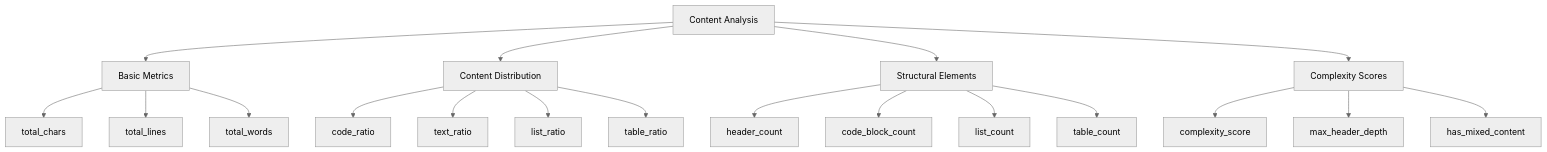
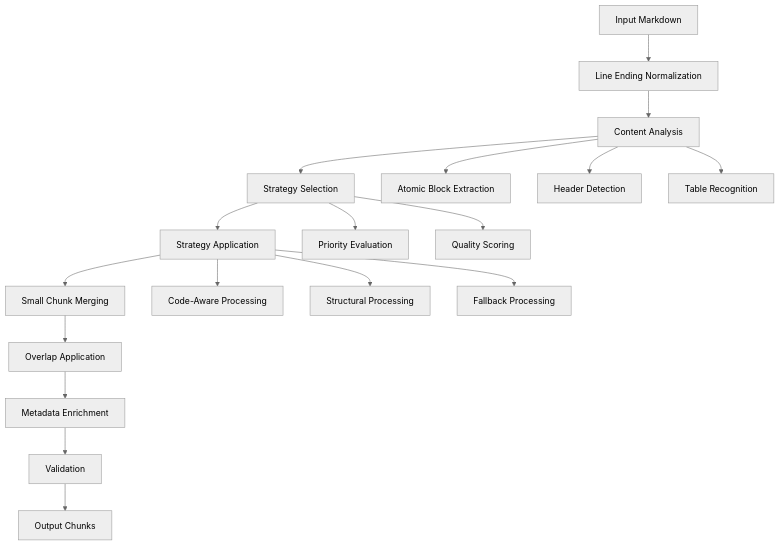
The fifth of 6 diagrams in .qoder/repowiki/en/content/Core Concepts/Core Concepts.md (asukhodko/dify-markdown-chunker), drawn with Mermaid (neutral theme) before and after one commit. The commit also changed other lines of this file and 205 other files, not shown here.

````diff
--- a/.qoder/repowiki/en/content/Core Concepts/Core Concepts.md
+++ b/.qoder/repowiki/en/content/Core Concepts/Core Concepts.md
@@ -244,21 +360,20 @@
 ```mermaid
-graph TD
-A["Content Analysis"] --> B["Basic Metrics"]
-A --> C["Content Distribution"]
-A --> D["Structural Elements"]
-A --> E["Complexity Scores"]
-B --> B1["total_chars"]
-B --> B2["total_lines"]
-B --> B3["total_words"]
-C --> C1["code_ratio"]
-C --> C2["text_ratio"]
-C --> C3["list_ratio"]
-C --> C4["table_ratio"]
-D --> D1["header_count"]
-D --> D2["code_block_count"]
-D --> D3["list_count"]
-D --> D4["table_count"]
-E --> E1["complexity_score"]
-E --> E2["max_header_depth"]
-E --> E3["has_mixed_content"]
+flowchart TD
+A["Input Markdown"] --> B["Line Ending Normalization"]
+B --> C["Content Analysis"]
+C --> D["Strategy Selection"]
+D --> E["Strategy Application"]
+E --> F["Small Chunk Merging"]
+F --> G["Overlap Application"]
+G --> H["Metadata Enrichment"]
+H --> I["Validation"]
+I --> J["Output Chunks"]
+C --> K["Atomic Block Extraction"]
+C --> L["Header Detection"]
+C --> M["Table Recognition"]
+D --> N["Priority Evaluation"]
+D --> O["Quality Scoring"]
+E --> P["Code-Aware Processing"]
+E --> Q["Structural Processing"]
+E --> R["Fallback Processing"]
 ```
````
